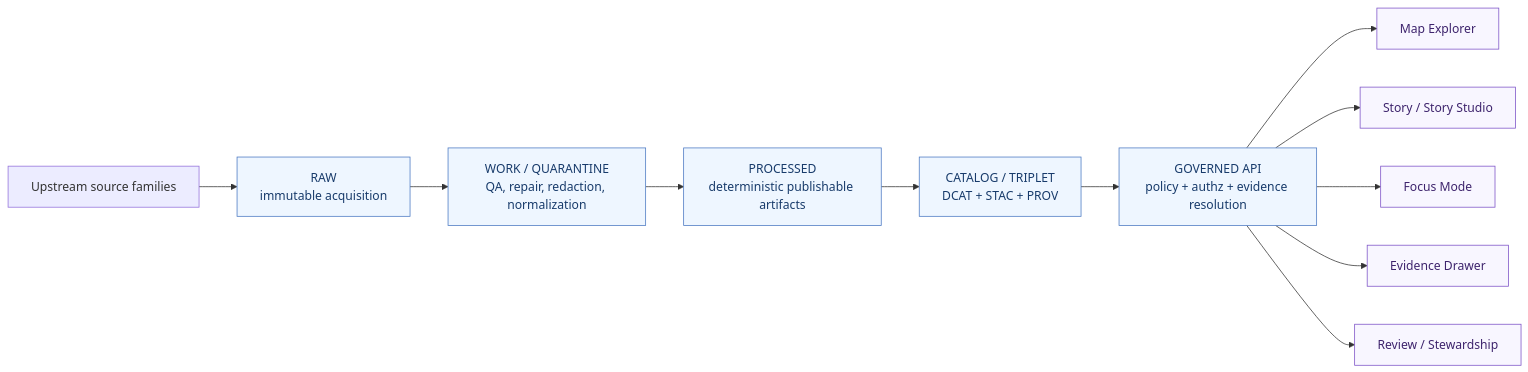
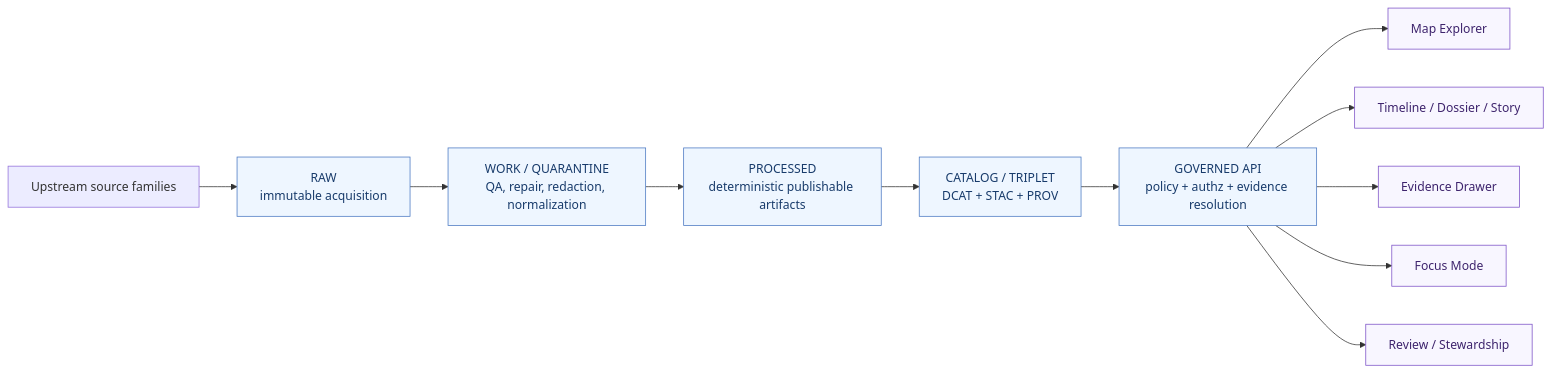
The diagram in README.md (bartytime4life/Kansas-Frontier-Matrix), drawn with Mermaid before and after one commit. The commit also changed other lines of this file, not shown here.

````diff
--- a/README.md
+++ b/README.md
@@ -317,18 +311,18 @@
 ```mermaid
 flowchart LR
     A[Upstream source families] --> B[RAW<br/>immutable acquisition]
     B --> C[WORK / QUARANTINE<br/>QA, repair, redaction, normalization]
     C --> D[PROCESSED<br/>deterministic publishable artifacts]
     D --> E[CATALOG / TRIPLET<br/>DCAT + STAC + PROV]
     E --> F[GOVERNED API<br/>policy + authz + evidence resolution]
     F --> G[Map Explorer]
-    F --> H[Story / Story Studio]
-    F --> I[Focus Mode]
-    F --> J[Evidence Drawer]
+    F --> H[Timeline / Dossier / Story]
+    F --> I[Evidence Drawer]
+    F --> J[Focus Mode]
     F --> K[Review / Stewardship]
 
     classDef canon fill:#eef6ff,stroke:#4a78c2,color:#183b6b;
     classDef surface fill:#f8f6ff,stroke:#7c52c7,color:#3e246d;
     class B,C,D,E,F canon;
     class G,H,I,J,K surface;
 ```
````
